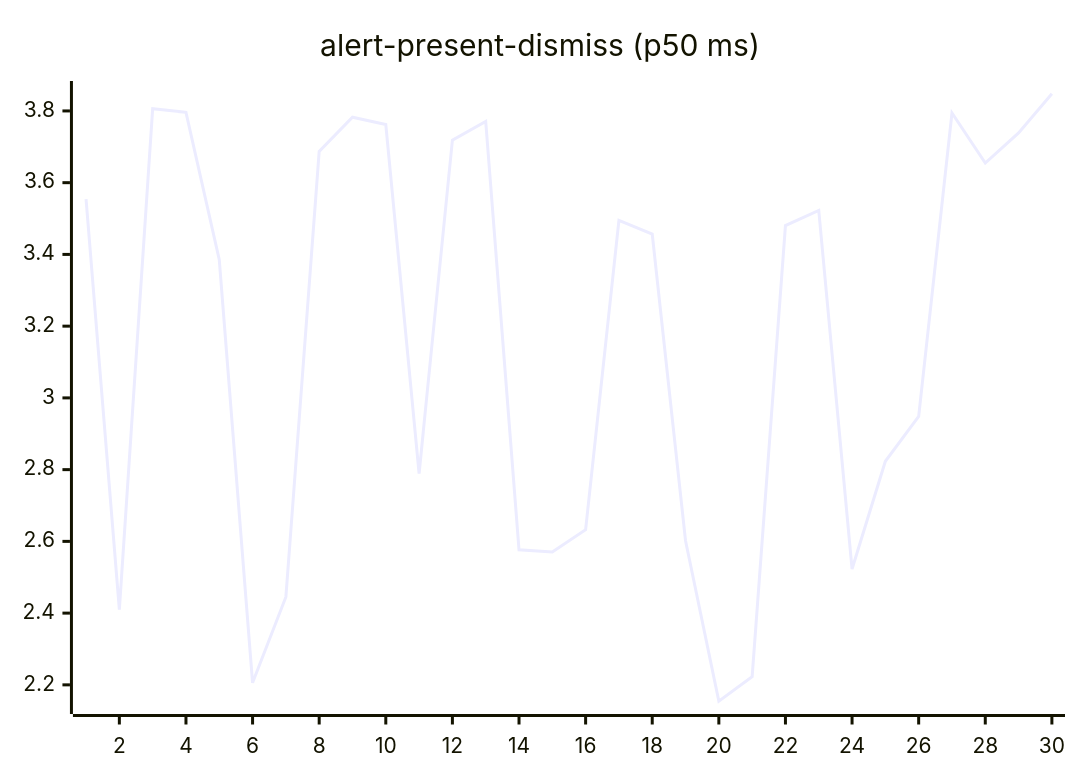
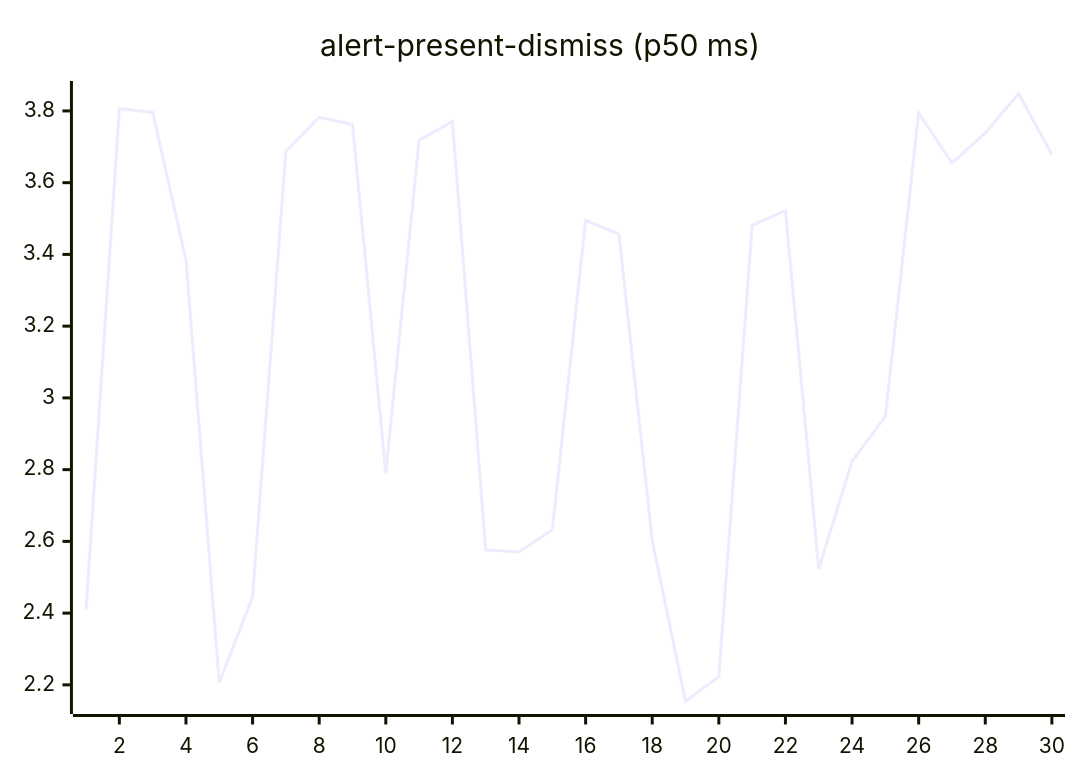
Before and after one commit to josha/Facet: the second of 27 diagrams in README.md, drawn with Mermaid. The commit also changed other lines of this file and 2 other files, not shown here.

````diff
--- a/README.md
+++ b/README.md
@@ -70,6 +70,6 @@
 ```mermaid
 xychart-beta
     title "alert-present-dismiss (p50 ms)"
     x-axis 1 --> 30
-    line [3.5538, 2.4095, 3.8060, 3.7961, 3.3851, 2.2058, 2.4450, 3.6869, 3.7826, 3.7621, 2.7891, 3.7187, 3.7708, 2.5766, 2.5704, 2.6324, 3.4949, 3.4566, 2.6019, 2.1543, 2.2230, 3.4803, 3.5227, 2.5229, 2.8233, 2.9484, 3.7942, 3.6546, 3.7386, 3.8479]
+    line [2.4095, 3.8060, 3.7961, 3.3851, 2.2058, 2.4450, 3.6869, 3.7826, 3.7621, 2.7891, 3.7187, 3.7708, 2.5766, 2.5704, 2.6324, 3.4949, 3.4566, 2.6019, 2.1543, 2.2230, 3.4803, 3.5227, 2.5229, 2.8233, 2.9484, 3.7942, 3.6546, 3.7386, 3.8479, 3.6788]
 ```
````
